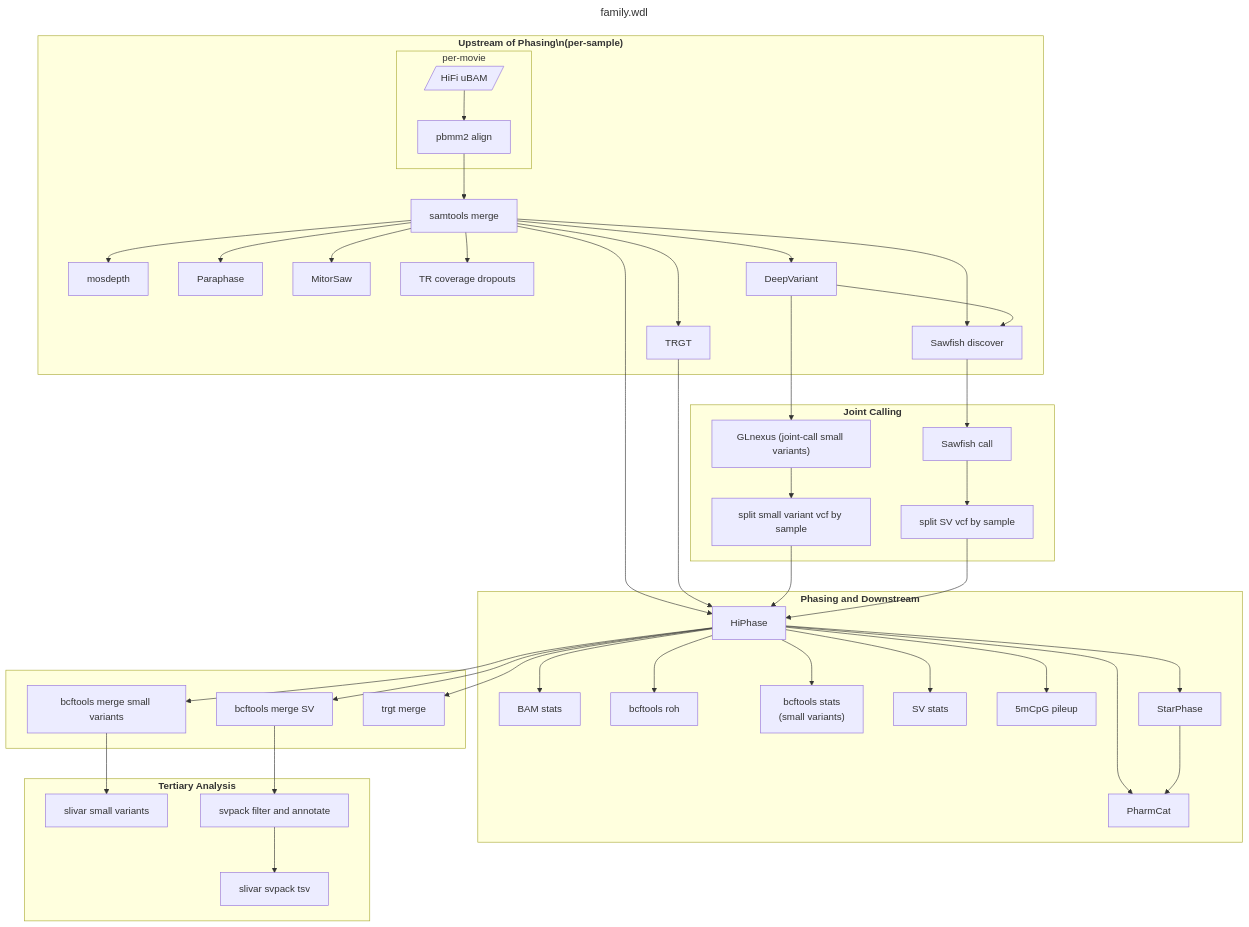
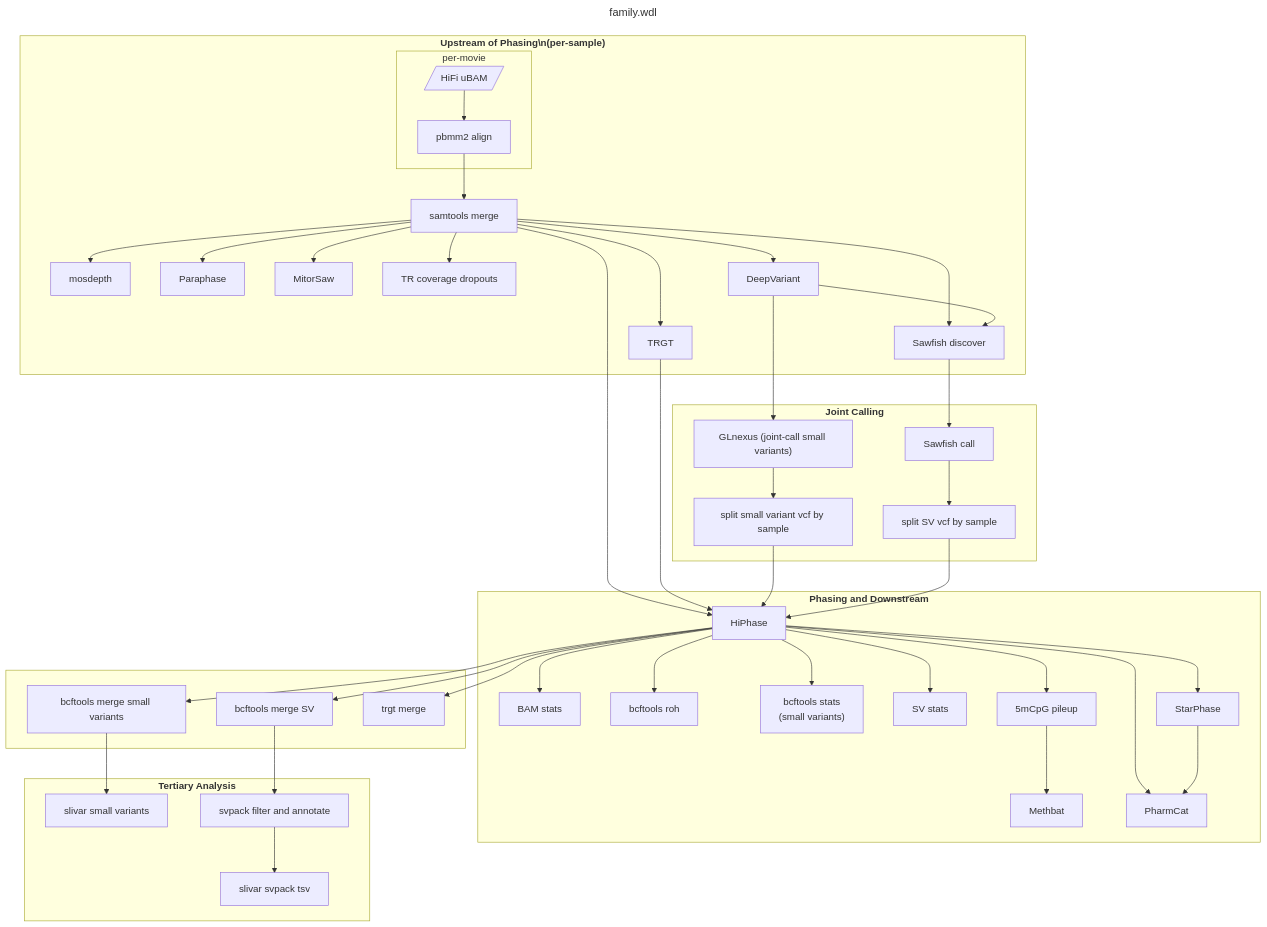
Before and after one commit to PacificBiosciences/HiFi-human-WGS-WDL: the diagram in docs/family.md, drawn with Mermaid. The commit also changed other lines of this file and 6 other files, not shown here.

```diff
--- a/docs/family.md
+++ b/docs/family.md
@@ -50,6 +50,7 @@
     bcftools_stats["bcftools stats\n(small variants)"]
     sv_stats["SV stats"]
     cpg_pileup["5mCpG pileup"]
+    methbat["Methbat"]
     starphase["StarPhase"]
     pharmcat["PharmCat"]
   end
@@ -91,6 +92,7 @@
   hiphase --> starphase
   hiphase --> pharmcat
   starphase --> pharmcat
+  cpg_pileup --> methbat
 
   hiphase --> merge_small_variants
   hiphase --> merge_svs
```
